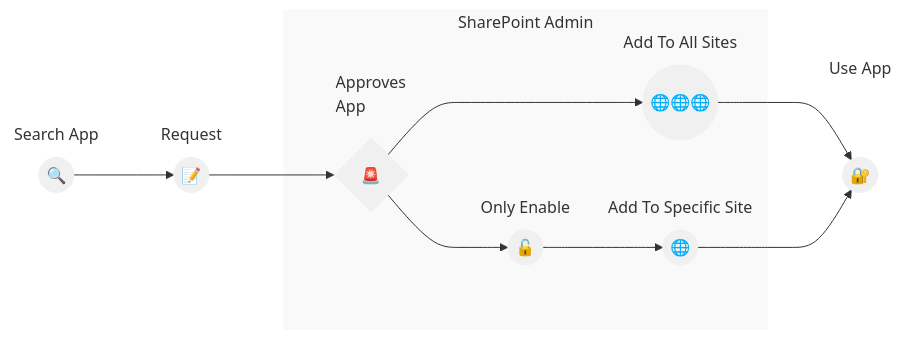
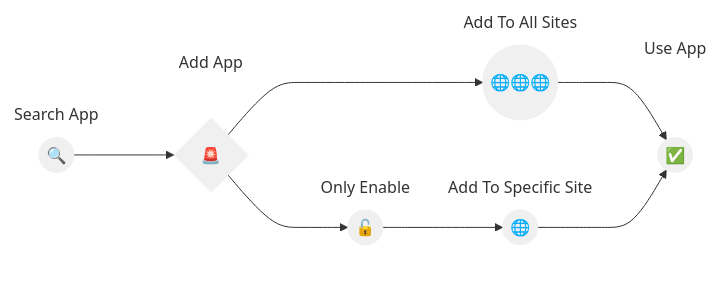
The diagram in installation.md (flinker-app/docs), drawn with Mermaid before and after one commit. The commit also changed other lines of this file, not shown here.

````diff
--- a/installation.md
+++ b/installation.md
@@ -15,55 +12,45 @@
 ```mermaid
 flowchart LR
     subgraph SearchApp[Search App]
       style SearchApp fill:transparent,stroke:transparent,rounded
       A((🔍))
       style A fill:#f0f0f0,stroke:#f0f0f0,stroke-width:1px,rounded
     end
 
-    subgraph RequestApp[Request]
-      style RequestApp fill:transparent,stroke:transparent,rounded
-      B((📝))
-      style B fill:#f0f0f0,stroke:#f0f0f0,stroke-width:1px,rounded
-    end
-
-    subgraph AdminTasks[SharePoint Admin]
-      style AdminTasks fill:#f9f9f9,stroke:#f9f9f9,stroke-width:1px,rounded
-      subgraph AdminApproval[<br>Approves<br>App]
+      subgraph AdminApproval[<br>Add App]
         style AdminApproval fill:transparent,stroke:transparent,rounded
         C{🚨}
         style C fill:#f0f0f0,stroke:#f0f0f0,stroke-width:1px,rounded
       end
 
       subgraph EnableAdd[Add To All Sites]
         style EnableAdd fill:transparent,stroke:transparent,rounded
         D((🌐🌐🌐))
         style D fill:#f0f0f0,stroke:#f0f0f0,stroke-width:1px,rounded
       end
 
       subgraph OnlyEnable[Only Enable]
         style OnlyEnable fill:transparent,stroke:transparent,rounded
         E((🔓))
         style E fill:#f0f0f0,stroke:#f0f0f0,stroke-width:1px,rounded
       end
 
         subgraph ManualAdd[Add To Specific Site]
         style ManualAdd fill:transparent,stroke:transparent,rounded
         F((🌐))
         style F fill:#f0f0f0,stroke:#f0f0f0,stroke-width:1px,rounded
         end
-    end
 
     subgraph ManagePermissions[Use App]
       style ManagePermissions fill:transparent,stroke:transparent,rounded
-      G((🔐))
+      G((✅))
       style G fill:#f0f0f0,stroke:#f0f0f0,stroke-width:1px,rounded
     end
 
-    A --> B
-    B --> C
+    A --> C
     C --> D
     C --> E
     D --> G
     E --> F
     F --> G
 ```
````
